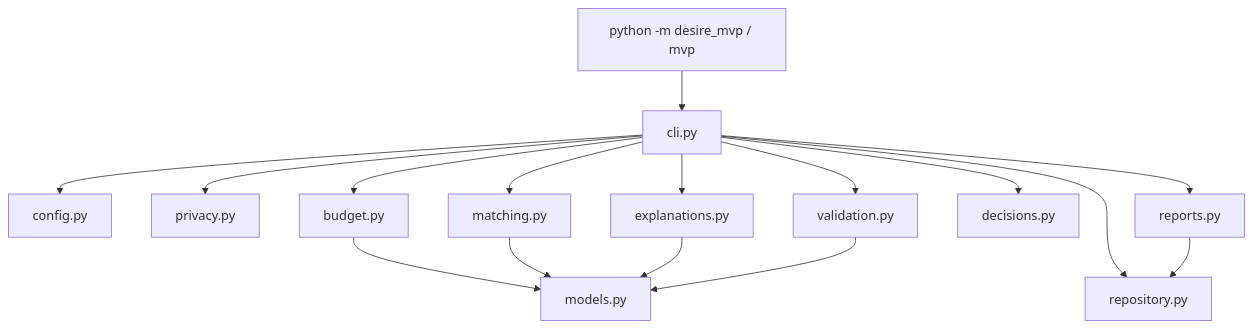
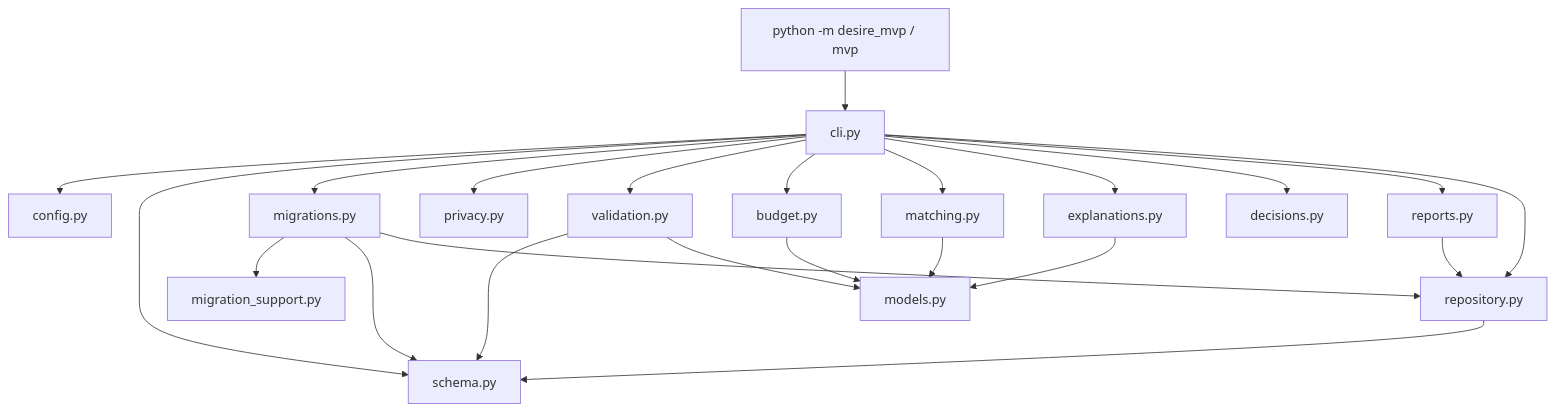
One commit to BillShiyaoZhang/desire-supply changed the first of 2 diagrams in docs/architecture/current-mvp.md. Above: the diagram before and after it, drawn with Mermaid. The commit also changed other lines of this file and 33 other files, not shown here.

````diff
--- a/docs/architecture/current-mvp.md
+++ b/docs/architecture/current-mvp.md
@@ -9,18 +9,25 @@
 ```mermaid
 flowchart TB
     MAIN["python -m desire_mvp / mvp"] --> CLI["cli.py"]
     CLI --> CONFIG["config.py"]
+    CLI --> SCHEMA["schema.py"]
+    CLI --> MIGRATIONS["migrations.py"]
     CLI --> PRIVACY["privacy.py"]
     CLI --> VALIDATION["validation.py"]
     CLI --> BUDGET["budget.py"]
     CLI --> MATCHING["matching.py"]
     CLI --> EXPLAIN["explanations.py"]
     CLI --> DECISIONS["decisions.py"]
     CLI --> REPORTS["reports.py"]
     CLI --> REPOSITORY["repository.py"]
+    MIGRATIONS --> MIGRATION_SUPPORT["migration_support.py"]
+    MIGRATIONS --> SCHEMA
+    MIGRATIONS --> REPOSITORY
+    REPOSITORY --> SCHEMA
+    VALIDATION --> SCHEMA
     BUDGET --> MODELS["models.py"]
     MATCHING --> MODELS
     EXPLAIN --> MODELS
     VALIDATION --> MODELS
     REPORTS --> REPOSITORY
 ```
````
